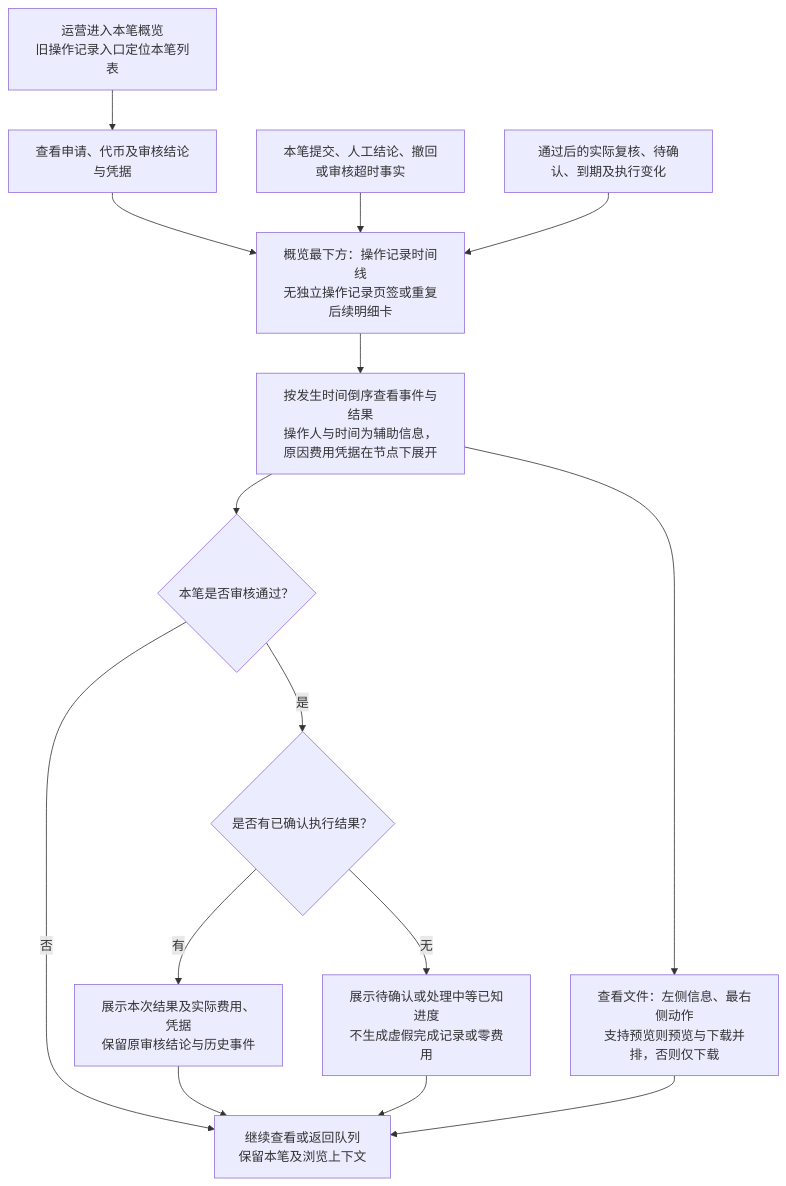
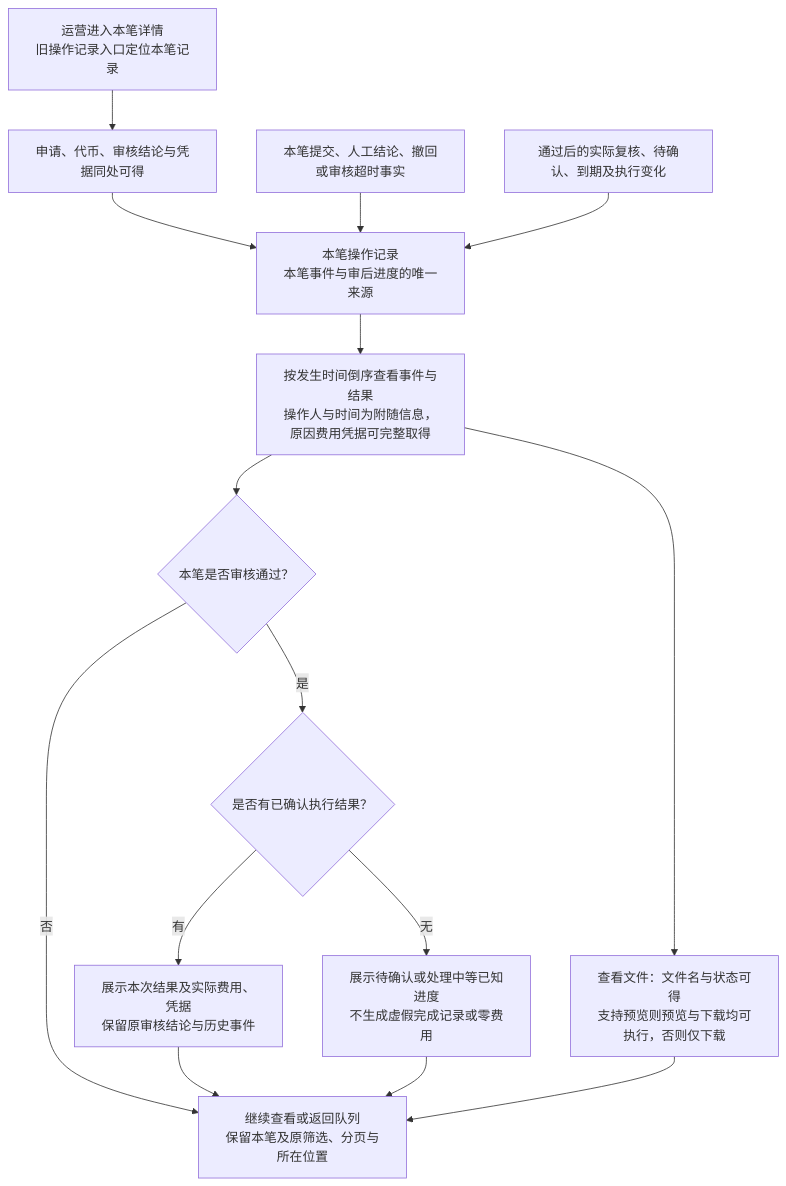
The fourth of 6 diagrams in lending-platform/PRD/v1.0-代币质押审核/02-代币质押审核-流程图与状态机.md (wxblockchain/Chain-Financing), drawn with Mermaid before and after one commit. The commit also changed other lines of this file and 4 other files, not shown here.

````diff
--- a/lending-platform/PRD/v1.0-代币质押审核/02-代币质押审核-流程图与状态机.md
+++ b/lending-platform/PRD/v1.0-代币质押审核/02-代币质押审核-流程图与状态机.md
@@ -104,17 +105,17 @@
 ```mermaid
 flowchart TD
-  A["运营进入本笔概览<br/>旧操作记录入口定位本笔列表"] --> B["查看申请、代币及审核结论与凭据"]
-  B --> C["概览最下方：操作记录时间线<br/>无独立操作记录页签或重复后续明细卡"]
+  A["运营进入本笔详情<br/>旧操作记录入口定位本笔记录"] --> B["申请、代币、审核结论与凭据同处可得"]
+  B --> C["本笔操作记录<br/>本笔事件与审后进度的唯一来源"]
   D["本笔提交、人工结论、撤回或审核超时事实"] --> C
   E["通过后的实际复核、待确认、到期及执行变化"] --> C
-  C --> F["按发生时间倒序查看事件与结果<br/>操作人与时间为辅助信息，原因费用凭据在节点下展开"]
+  C --> F["按发生时间倒序查看事件与结果<br/>操作人与时间为附随信息，原因费用凭据可完整取得"]
   F --> R{"本笔是否审核通过？"}
-  R -- "否" --> K["继续查看或返回队列<br/>保留本笔及浏览上下文"]
+  R -- "否" --> K["继续查看或返回队列<br/>保留本笔及原筛选、分页与所在位置"]
   R -- "是" --> G{"是否有已确认执行结果？"}
   G -- "有" --> H["展示本次结果及实际费用、凭据<br/>保留原审核结论与历史事件"]
   G -- "无" --> I["展示待确认或处理中等已知进度<br/>不生成虚假完成记录或零费用"]
-  F --> J["查看文件：左侧信息、最右侧动作<br/>支持预览则预览与下载并排，否则仅下载"]
+  F --> J["查看文件：文件名与状态可得<br/>支持预览则预览与下载均可执行，否则仅下载"]
   H --> K
   I --> K
   J --> K
 ```
````
